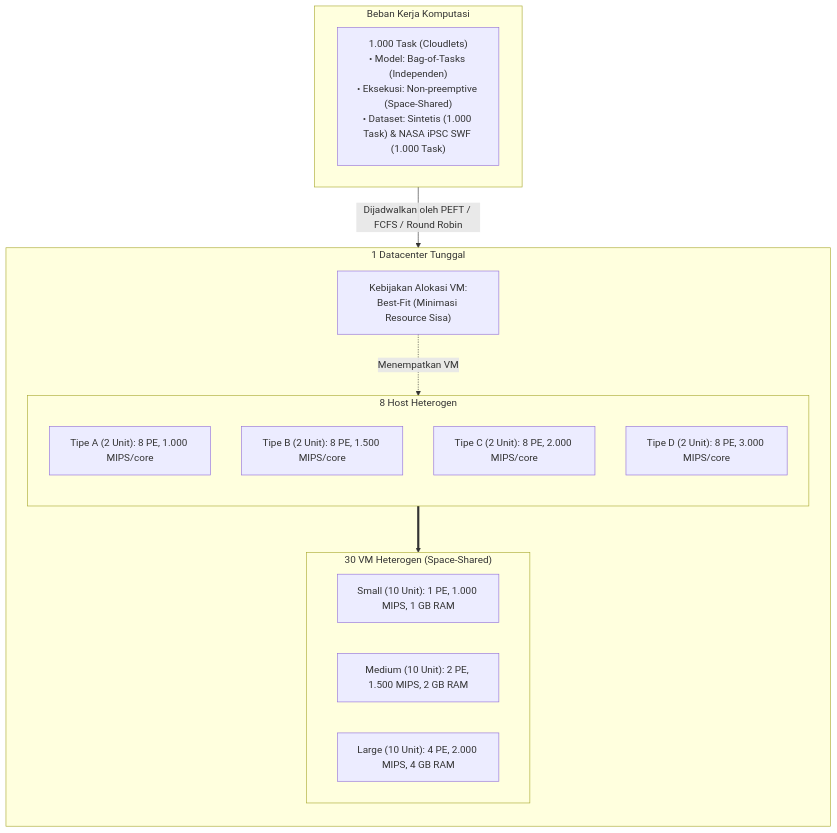
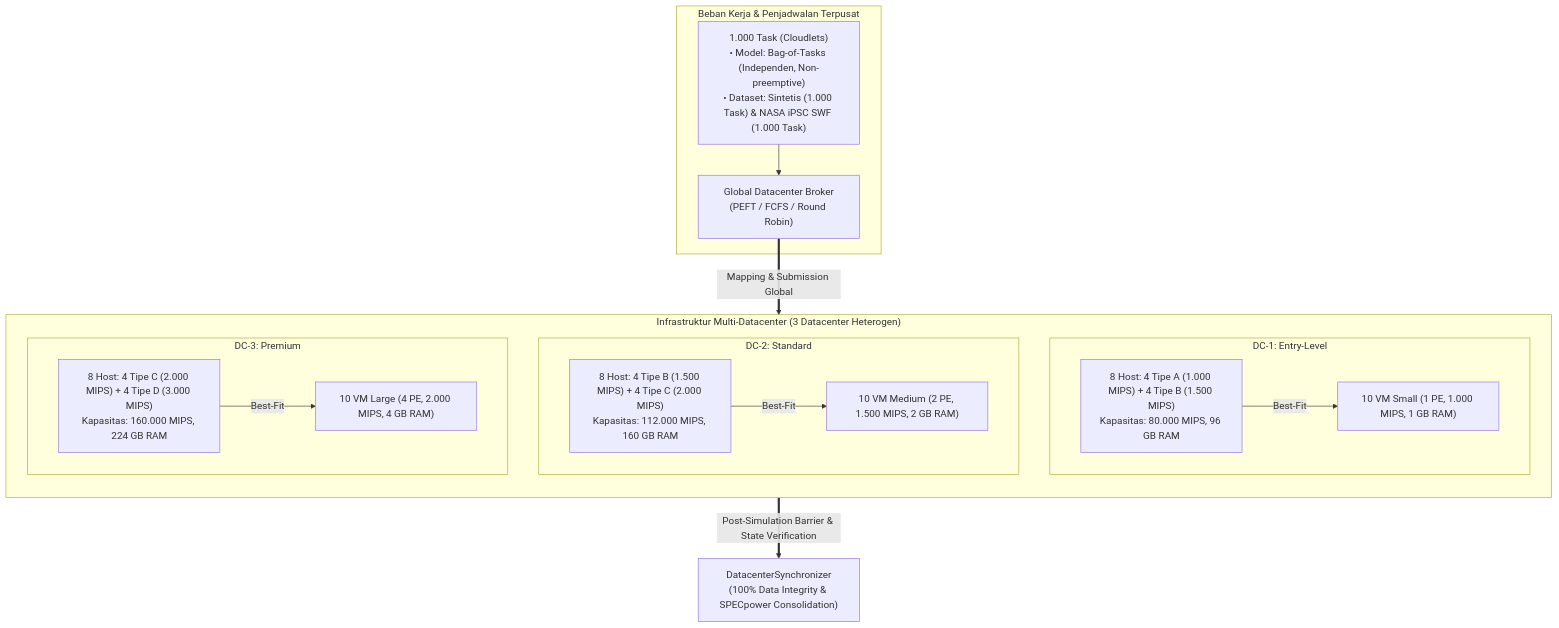
One commit to aryarefman/soka changed the diagram in README.md. Above: the diagram before and after it, drawn with Mermaid. The commit also changed other lines of this file and 17 other files, not shown here.

````diff
--- a/README.md
+++ b/README.md
@@ -88,30 +88,30 @@
 ```mermaid
 flowchart TD
-    subgraph Datacenter ["1 Datacenter Tunggal"]
+    subgraph MultiDC ["Infrastruktur Multi-Datacenter (3 Datacenter Heterogen)"]
         direction TB
-        subgraph PhysicalHost ["8 Host Heterogen"]
-            direction TB
-            H1["Tipe A (2 Unit): 8 PE, 1.000 MIPS/core"]
-            H2["Tipe B (2 Unit): 8 PE, 1.500 MIPS/core"]
-            H3["Tipe C (2 Unit): 8 PE, 2.000 MIPS/core"]
-            H4["Tipe D (2 Unit): 8 PE, 3.000 MIPS/core"]
+        subgraph DC1 ["DC-1: Entry-Level"]
+            H_DC1["8 Host: 4 Tipe A (1.000 MIPS) + 4 Tipe B (1.500 MIPS)<br/>Kapasitas: 80.000 MIPS, 96 GB RAM"]
+            VM_S["10 VM Small (1 PE, 1.000 MIPS, 1 GB RAM)"]
+            H_DC1 -->|Best-Fit| VM_S
         end
-
-        AllocPolicy["Kebijakan Alokasi VM:<br/>Best-Fit (Minimasi Resource Sisa)"]
-        AllocPolicy -. Menempatkan VM .-> PhysicalHost
-
-        subgraph VirtualMachines ["30 VM Heterogen (Space-Shared)"]
-            VM_S["Small (10 Unit): 1 PE, 1.000 MIPS, 1 GB RAM"]
-            VM_M["Medium (10 Unit): 2 PE, 1.500 MIPS, 2 GB RAM"]
-            VM_L["Large (10 Unit): 4 PE, 2.000 MIPS, 4 GB RAM"]
+        subgraph DC2 ["DC-2: Standard"]
+            H_DC2["8 Host: 4 Tipe B (1.500 MIPS) + 4 Tipe C (2.000 MIPS)<br/>Kapasitas: 112.000 MIPS, 160 GB RAM"]
+            VM_M["10 VM Medium (2 PE, 1.500 MIPS, 2 GB RAM)"]
+            H_DC2 -->|Best-Fit| VM_M
         end
-
-        PhysicalHost ==> VirtualMachines
+        subgraph DC3 ["DC-3: Premium"]
+            H_DC3["8 Host: 4 Tipe C (2.000 MIPS) + 4 Tipe D (3.000 MIPS)<br/>Kapasitas: 160.000 MIPS, 224 GB RAM"]
+            VM_L["10 VM Large (4 PE, 2.000 MIPS, 4 GB RAM)"]
+            H_DC3 -->|Best-Fit| VM_L
+        end
     end
 
-    subgraph Workload ["Beban Kerja Komputasi"]
-        Tasks["1.000 Task (Cloudlets)<br/>• Model: Bag-of-Tasks (Independen)<br/>• Eksekusi: Non-preemptive (Space-Shared)<br/>• Dataset: Sintetis (1.000 Task) & NASA iPSC SWF (1.000 Task)"]
+    subgraph BrokerWorkload ["Beban Kerja & Penjadwalan Terpusat"]
+        Tasks["1.000 Task (Cloudlets)<br/>• Model: Bag-of-Tasks (Independen, Non-preemptive)<br/>• Dataset: Sintetis (1.000 Task) & NASA iPSC SWF (1.000 Task)"]
+        GlobalBroker["Global Datacenter Broker<br/>(PEFT / FCFS / Round Robin)"]
+        Tasks --> GlobalBroker
     end
 
-    Workload -->|"Dijadwalkan oleh PEFT / FCFS / Round Robin"| VirtualMachines
+    GlobalBroker ==>|"Mapping & Submission Global"| MultiDC
+    MultiDC ==>|"Post-Simulation Barrier & State Verification"| Sync["DatacenterSynchronizer<br/>(100% Data Integrity & SPECpower Consolidation)"]
 ```
````
